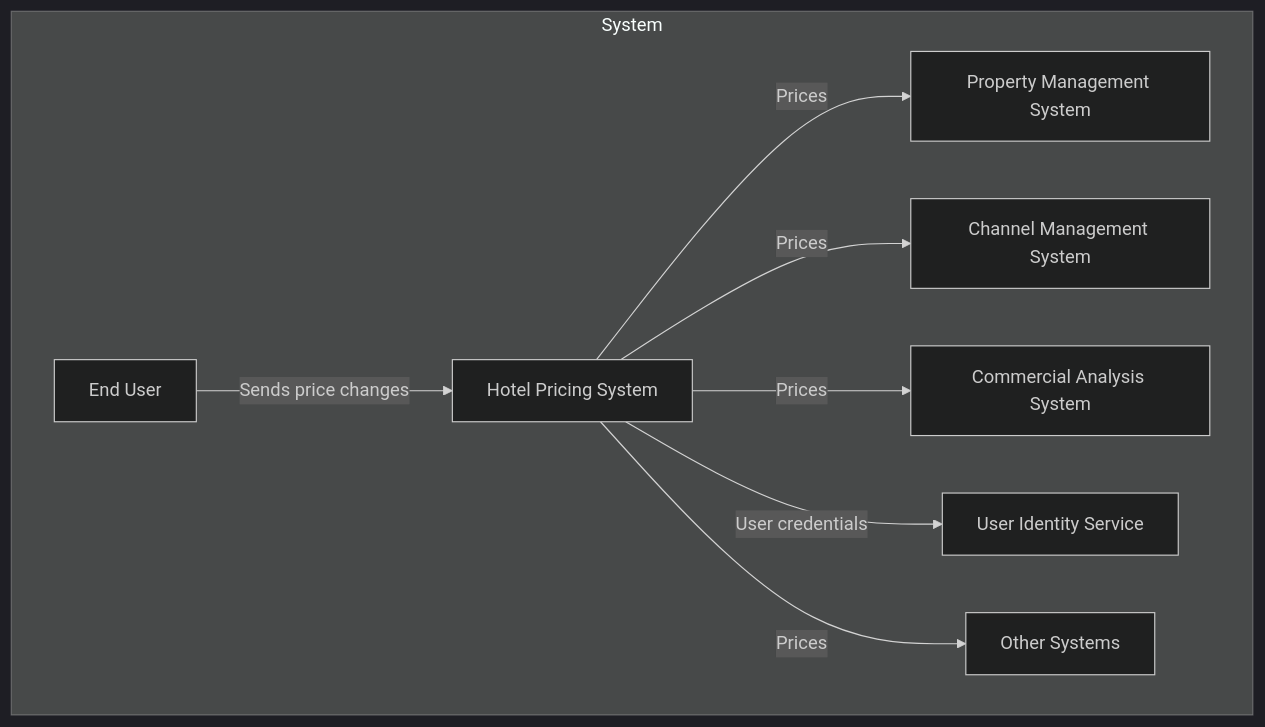
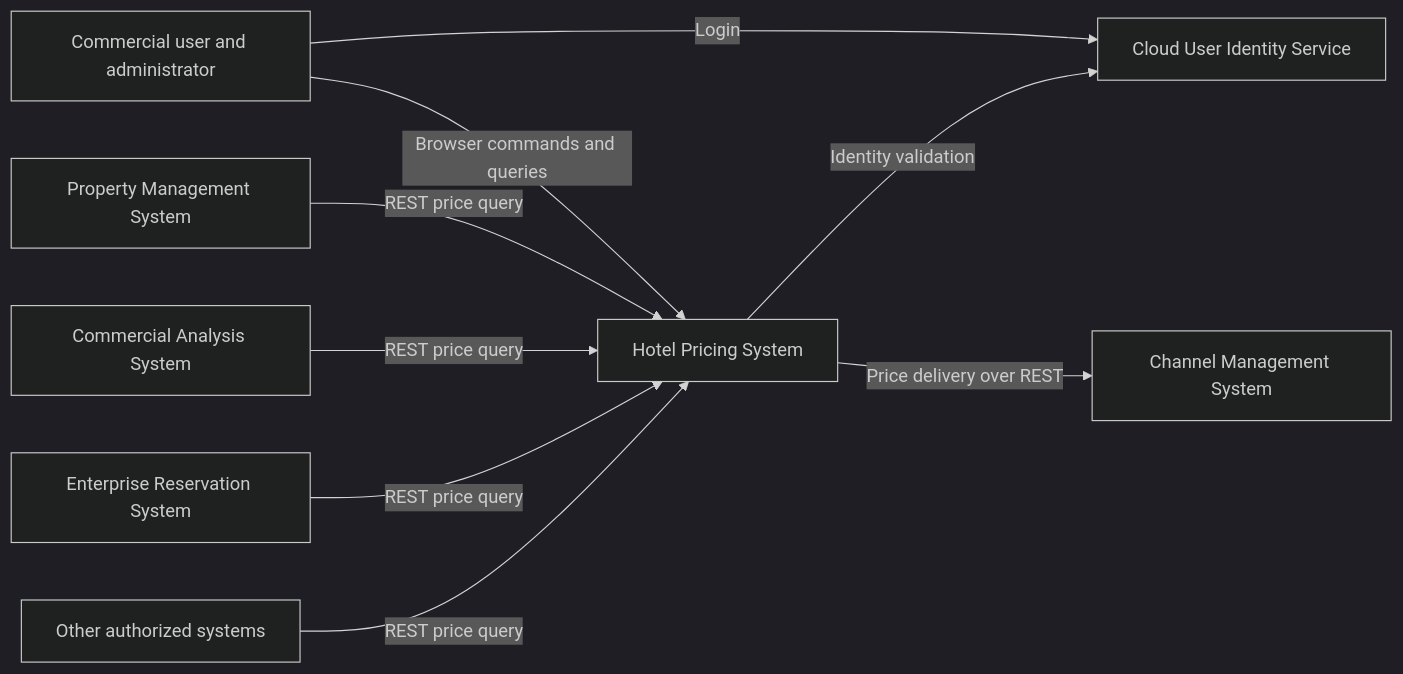
The first of 13 diagrams in HPS/design/architecture.md (yoona96/ADD_Codex), drawn with Mermaid (dark theme) before and after one commit. The commit also changed other lines of this file and 13 other files, not shown here.

````diff
--- a/HPS/design/architecture.md
+++ b/HPS/design/architecture.md
@@ -15,11 +13,11 @@
 ```mermaid
-flowchart TD
-    subgraph System
-        EndUser[End User] -->|Sends price changes| HPS[Hotel Pricing System]
-        HPS -->|Prices| PropertyManagementSystem[Property Management System]
-        HPS -->|Prices| ChannelManagementSystem[Channel Management System]
-        HPS -->|Prices| CommercialAnalysisSystem[Commercial Analysis System]
-        HPS -->|User credentials| UserIdentityService[User Identity Service]
-        HPS -->|Prices| OtherSystems[Other Systems]
-    end
+flowchart LR
+    User[Commercial user and administrator] -->|Browser commands and queries| HPS[Hotel Pricing System]
+    User -->|Login| Identity[Cloud User Identity Service]
+    HPS -->|Identity validation| Identity
+    HPS -->|Price delivery over REST| CMS[Channel Management System]
+    PMS[Property Management System] -->|REST price query| HPS
+    CAS[Commercial Analysis System] -->|REST price query| HPS
+    ERS[Enterprise Reservation System] -->|REST price query| HPS
+    Other[Other authorized systems] -->|REST price query| HPS
 ```
````
